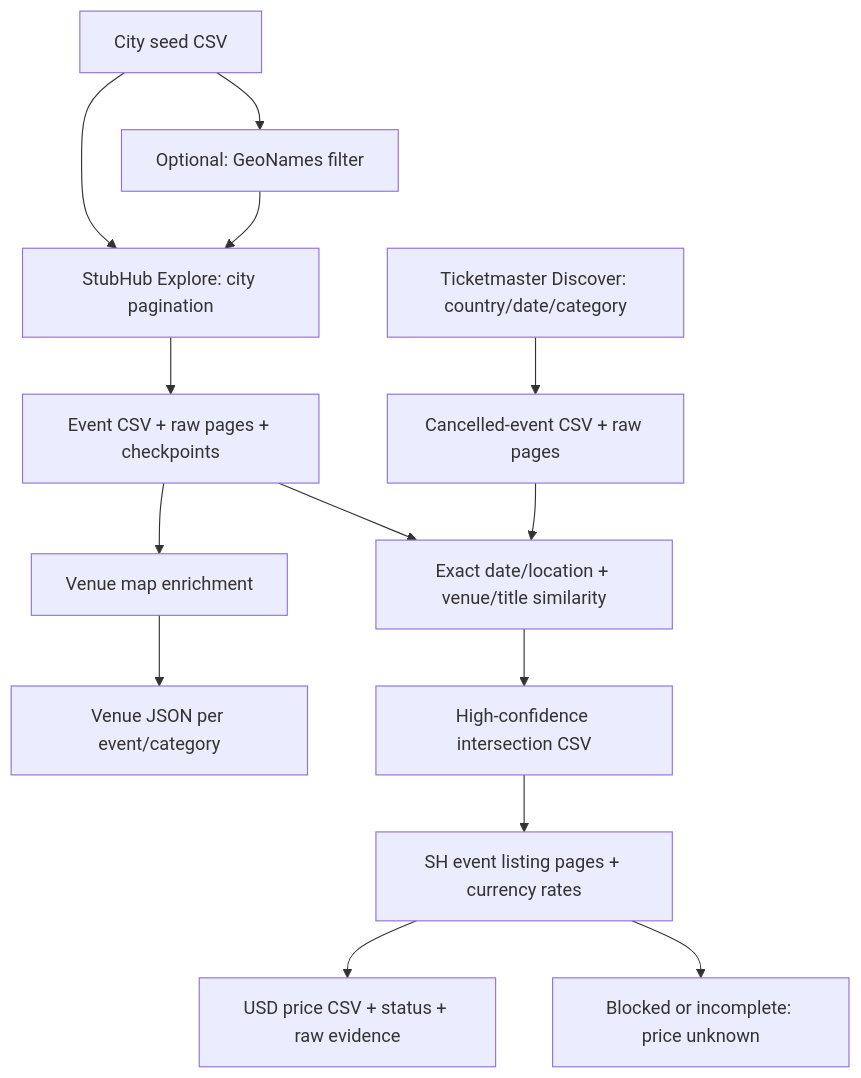
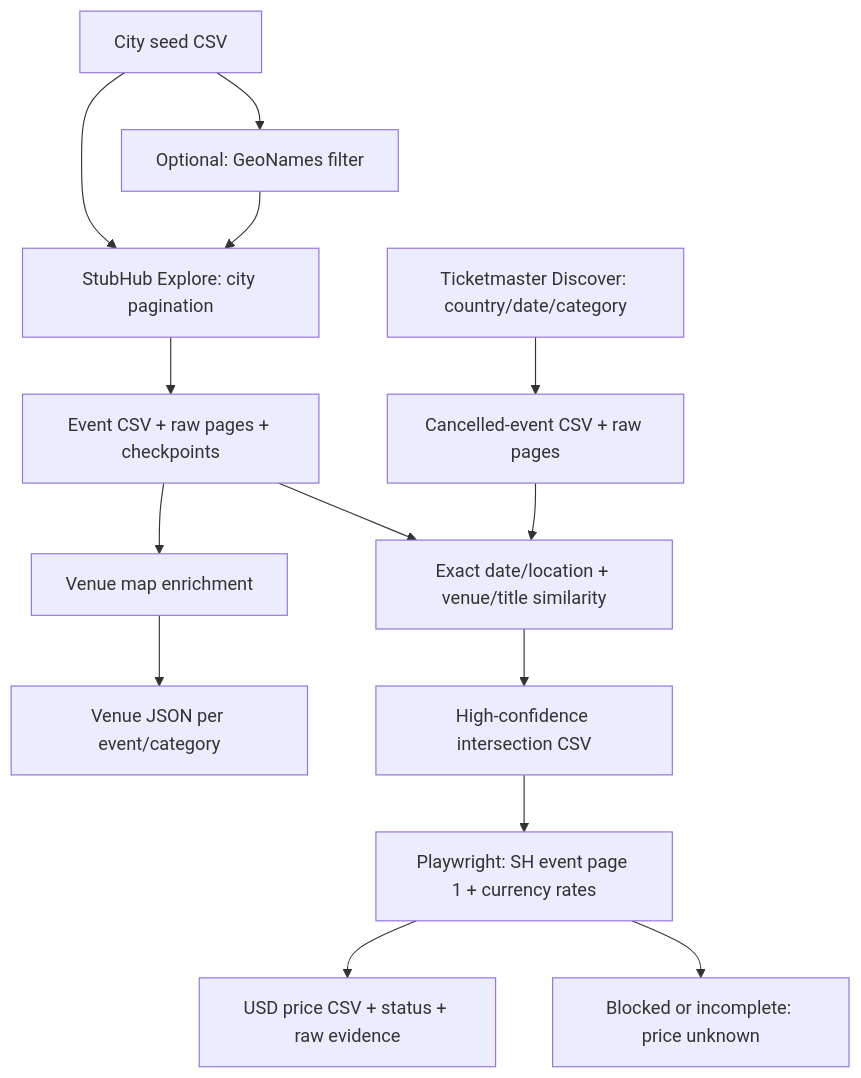
One commit to Siriussee/cancelled-event changed the diagram in README.md. Above: the diagram before and after it, drawn with Mermaid. The commit also changed other lines of this file and 15 other files, not shown here.

Commit message:
Fetch cancelled-event floors from warmed browser page one

````diff
--- a/README.md
+++ b/README.md
@@ -12,16 +13,16 @@
 ```mermaid
 flowchart TD
     Seeds["City seed CSV"] --> Filter["Optional: GeoNames filter"]
     Seeds --> StubHub["StubHub Explore: city pagination"]
     Filter --> StubHub
     StubHub --> Events["Event CSV + raw pages + checkpoints"]
     Events --> Venues["Venue map enrichment"]
     Venues --> Maps["Venue JSON per event/category"]
     Ticketmaster["Ticketmaster Discover: country/date/category"] --> Cancelled["Cancelled-event CSV + raw pages"]
     Events --> Match["Exact date/location + venue/title similarity"]
     Cancelled --> Match
     Match --> Overlap["High-confidence intersection CSV"]
-    Overlap --> Prices["SH event listing pages + currency rates"]
+    Overlap --> Prices["Playwright: SH event page 1 + currency rates"]
     Prices --> Priced["USD price CSV + status + raw evidence"]
     Prices --> Unknown["Blocked or incomplete: price unknown"]
 ```
````
